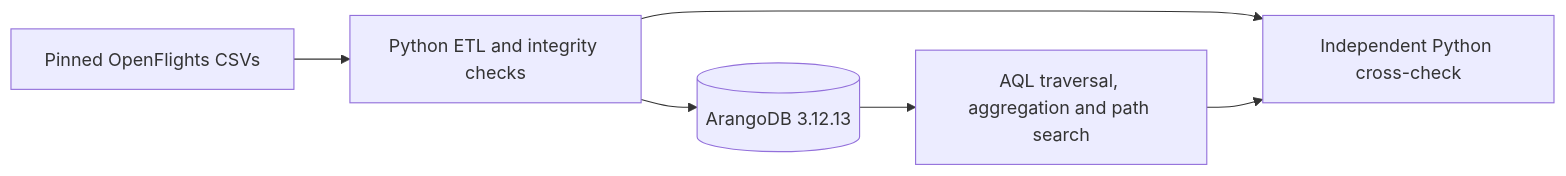
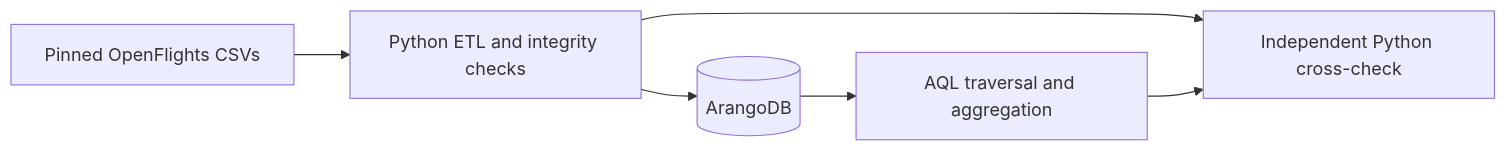
Before and after one commit to oliverzxr/openflights-arangodb: the diagram in README.md, drawn with Mermaid. The commit also changed other lines of this file and 3 other files, not shown here.

````diff
--- a/README.md
+++ b/README.md
@@ -9,8 +92,8 @@
 ```mermaid
 flowchart LR
-    Input["Pinned OpenFlights CSVs"] --> Python["Python ETL and integrity checks"]
-    Python --> Graph[("ArangoDB 3.12.13")]
-    Graph --> AQL["AQL traversal, aggregation and path search"]
-    Python --> Check["Independent Python cross-check"]
+    Input["Pinned OpenFlights CSVs"] --> ETL["Python ETL and integrity checks"]
+    ETL --> Graph[("ArangoDB")]
+    Graph --> AQL["AQL traversal and aggregation"]
+    ETL --> Check["Independent Python cross-check"]
     AQL --> Check
 ```
````
